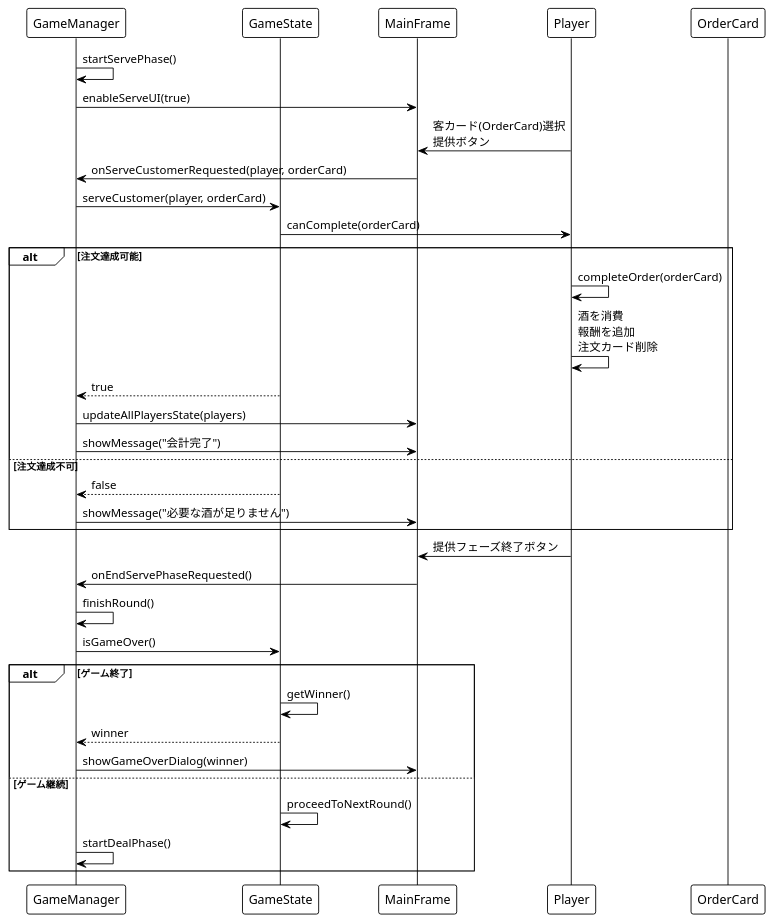
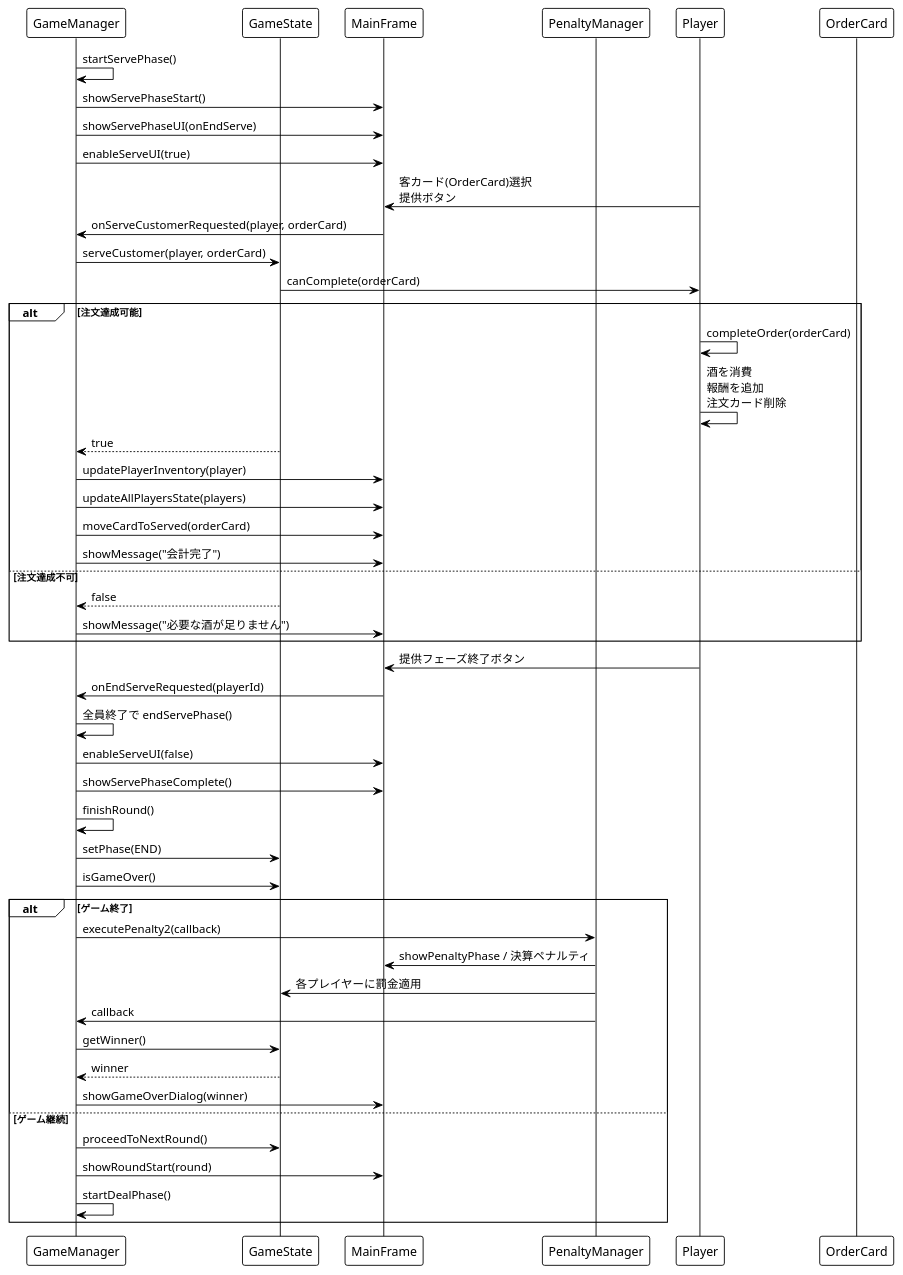
One commit to w2411765/media-programming changed the diagram in diagrams/sequence-serve.puml. Above: the diagram before and after it, drawn with PlantUML. The commit also changed 12 other files, not shown here.

Commit message:
Add class diagram for simplified presentation and update existing diagrams with new game logic. Enhance UI components for better visual feedback and interaction during gameplay, including button styling and layout adjustments in various panels.

```diff
--- a/diagrams/sequence-serve.puml
+++ b/diagrams/sequence-serve.puml
@@ -1,41 +1,55 @@
 @startuml
 !theme plain
 
 participant "GameManager" as GM
 participant "GameState" as GS
 participant "MainFrame" as Frame
+participant "PenaltyManager" as PM
 participant "Player" as P
 participant "OrderCard" as Order
 
 GM -> GM: startServePhase()
+GM -> Frame: showServePhaseStart()
+GM -> Frame: showServePhaseUI(onEndServe)
 GM -> Frame: enableServeUI(true)
 
 P -> Frame: 客カード(OrderCard)選択\n提供ボタン
 Frame -> GM: onServeCustomerRequested(player, orderCard)
 GM -> GS: serveCustomer(player, orderCard)
 GS -> P: canComplete(orderCard)
 alt 注文達成可能
     P -> P: completeOrder(orderCard)
     P -> P: 酒を消費\n報酬を追加\n注文カード削除
     GS --> GM: true
+    GM -> Frame: updatePlayerInventory(player)
     GM -> Frame: updateAllPlayersState(players)
+    GM -> Frame: moveCardToServed(orderCard)
     GM -> Frame: showMessage("会計完了")
 else 注文達成不可
     GS --> GM: false
     GM -> Frame: showMessage("必要な酒が足りません")
 end
 
 P -> Frame: 提供フェーズ終了ボタン
-Frame -> GM: onEndServePhaseRequested()
+Frame -> GM: onEndServeRequested(playerId)
+GM -> GM: 全員終了で endServePhase()
+GM -> Frame: enableServeUI(false)
+GM -> Frame: showServePhaseComplete()
 GM -> GM: finishRound()
+GM -> GS: setPhase(END)
 GM -> GS: isGameOver()
 alt ゲーム終了
-    GS -> GS: getWinner()
+    GM -> PM: executePenalty2(callback)
+    PM -> Frame: showPenaltyPhase / 決算ペナルティ
+    PM -> GS: 各プレイヤーに罰金適用
+    PM -> GM: callback
+    GM -> GS: getWinner()
     GS --> GM: winner
     GM -> Frame: showGameOverDialog(winner)
 else ゲーム継続
-    GS -> GS: proceedToNextRound()
+    GM -> GS: proceedToNextRound()
+    GM -> Frame: showRoundStart(round)
     GM -> GM: startDealPhase()
 end
 
 @enduml
```
